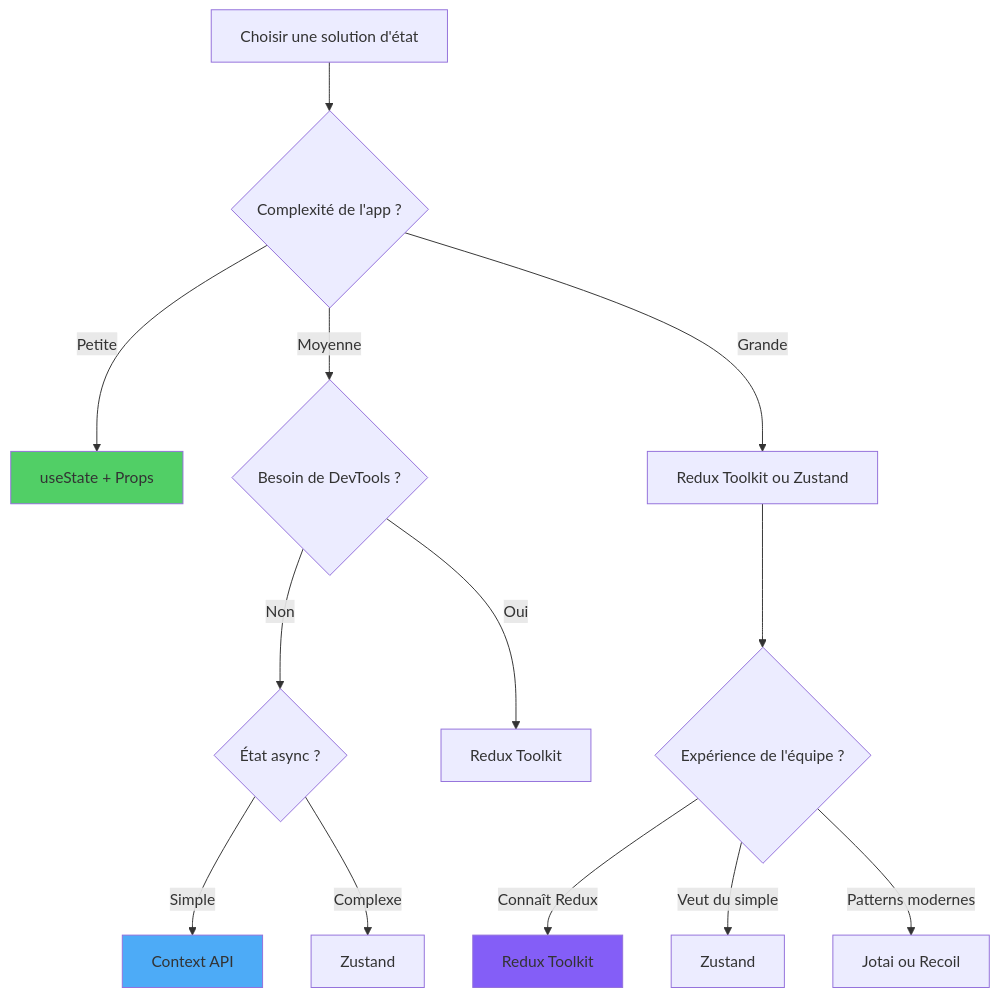
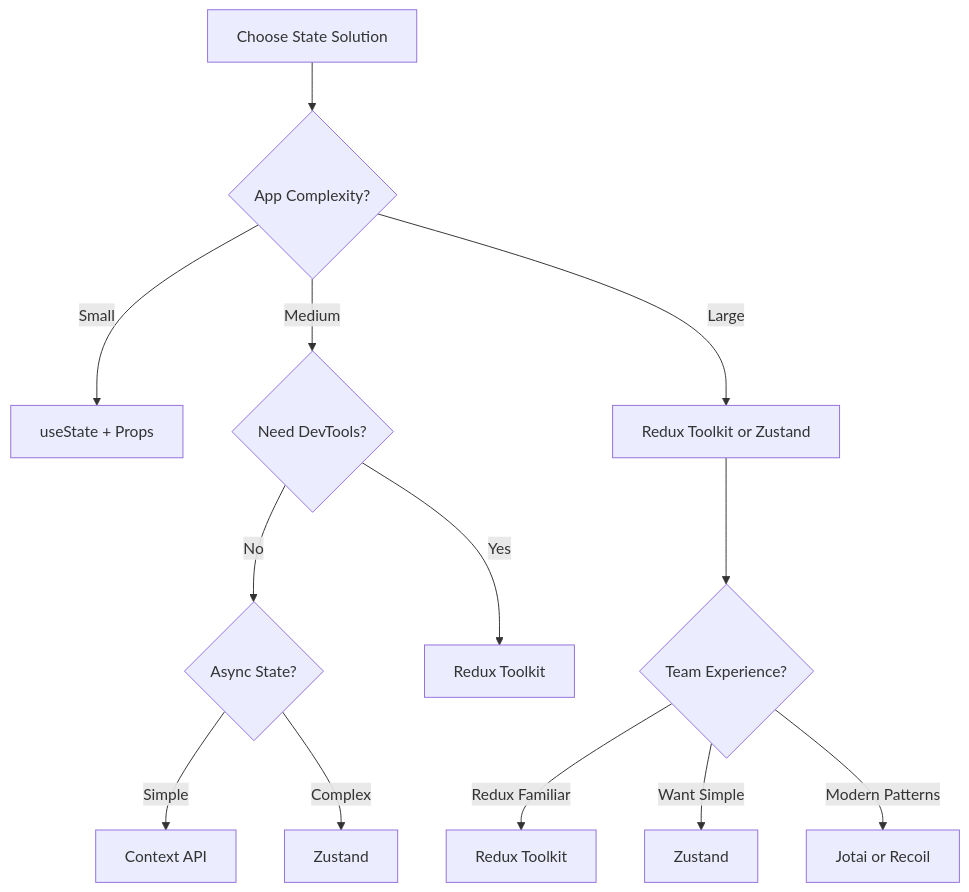
One commit to BabaScience/react-guides changed the seventh of 7 diagrams in arguments/chapters/fr/06-state-management.md. Above: the diagram before and after it, drawn with Mermaid. The commit also changed other lines of this file and 29 other files, not shown here.

First line of the commit message:
Bring React FR/IT translations to full English parity + theme-safe diagrams

````diff
--- a/arguments/chapters/fr/06-state-management.md
+++ b/arguments/chapters/fr/06-state-management.md
@@ -374,23 +2004,20 @@
 ```mermaid
 graph TD
-    A["Choisir une solution d'état"] --> B{"Complexité de l'app ?"}
-
-    B -->|Petite| C["useState + Props"]
-    B -->|Moyenne| D{"Besoin de DevTools ?"}
-    B -->|Grande| E["Redux Toolkit ou Zustand"]
-
-    D -->|Non| F{"État async ?"}
-    D -->|Oui| G["Redux Toolkit"]
-
-    F -->|Simple| H["Context API"]
-    F -->|Complexe| I["Zustand"]
-
-    E --> J{"Expérience de l'équipe ?"}
-    J -->|Connaît Redux| K["Redux Toolkit"]
-    J -->|Veut du simple| L["Zustand"]
-    J -->|Patterns modernes| M["Jotai ou Recoil"]
-
-    style C fill:#51cf66
-    style H fill:#4dabf7
-    style K fill:#845ef7
+    A[Choose State Solution] --> B{App Complexity?}
+    
+    B -->|Small| C[useState + Props]
+    B -->|Medium| D{Need DevTools?}
+    B -->|Large| E[Redux Toolkit or Zustand]
+    
+    D -->|No| F{Async State?}
+    D -->|Yes| G[Redux Toolkit]
+    
+    F -->|Simple| H[Context API]
+    F -->|Complex| I[Zustand]
+    
+    E --> J{Team Experience?}
+    J -->|Redux Familiar| K[Redux Toolkit]
+    J -->|Want Simple| L[Zustand]
+    J -->|Modern Patterns| M[Jotai or Recoil]
+    
 ```
````
